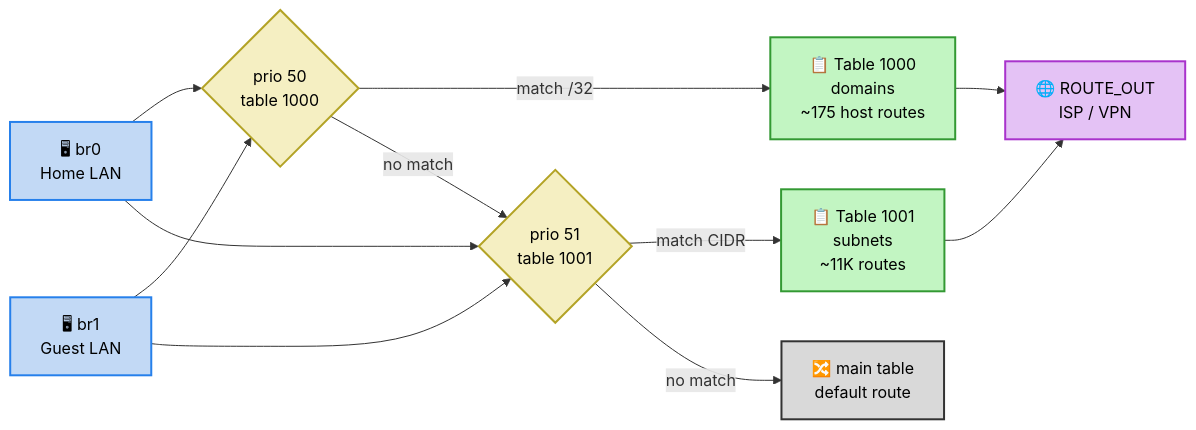
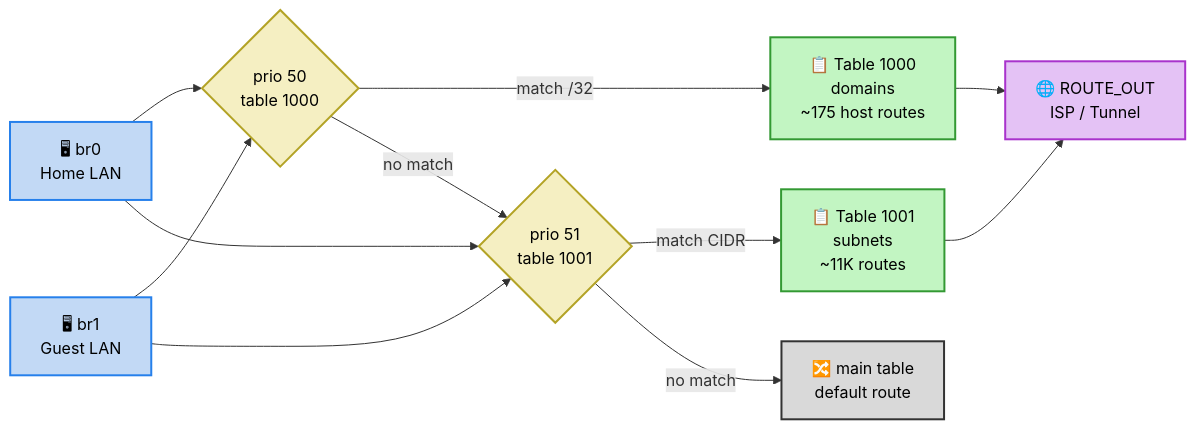
One commit to 0xkee/keenetic-entware-extras changed the diagram in geo-split/docs/multi-interface-tables.md. Above: the diagram before and after it, drawn with Mermaid. The commit also changed 2 other files, not shown here.

Commit message:
refactor(legal): normalize terminology in docs and scripts

````diff
--- a/geo-split/docs/multi-interface-tables.md
+++ b/geo-split/docs/multi-interface-tables.md
@@ -72,28 +72,28 @@
 ```mermaid
 flowchart LR
   BR0["🖥 br0<br/>Home LAN"] --> R50{"prio 50<br/>table 1000"}
   BR1["🖥 br1<br/>Guest LAN"] --> R50
   BR0 --> R51{"prio 51<br/>table 1001"}
   BR1 --> R51
 
   R50 -->|"match /32"| T1000["📋 Table 1000<br/>domains<br/>~175 host routes"]
   R51 -->|"match CIDR"| T1001["📋 Table 1001<br/>subnets<br/>~11K routes"]
 
-  T1000 --> OUT["🌐 ROUTE_OUT<br/>ISP / VPN"]
+  T1000 --> OUT["🌐 ROUTE_OUT<br/>ISP / Tunnel"]
   T1001 --> OUT
 
   R50 -->|no match| R51
   R51 -->|no match| MAIN["🔀 main table<br/>default route"]
 
   classDef client fill:#c2d9f5,stroke:#2680eb,stroke-width:2px,color:#000
   classDef rule fill:#f5efc2,stroke:#b3a326,stroke-width:2px,color:#000
   classDef table fill:#c2f5c2,stroke:#339933,stroke-width:2px,color:#000
   classDef target fill:#e4c2f5,stroke:#a933cc,stroke-width:2px,color:#000
   classDef default fill:#d9d9d9,stroke:#333333,stroke-width:2px,color:#000
 
   class BR0,BR1 client
   class R50,R51 rule
   class T1000,T1001 table
   class OUT target
   class MAIN default
 ```
````
